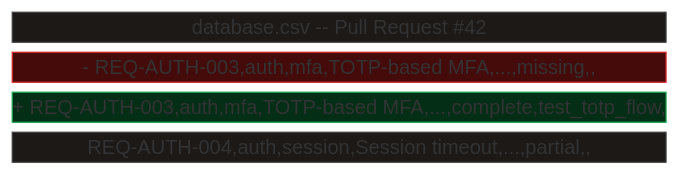
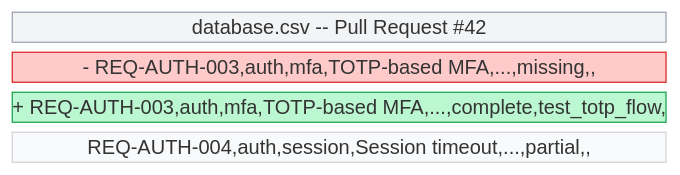
The second of 3 diagrams in README.md (rtmx-ai/rtmx), drawn with Mermaid (forest theme) before and after one commit. The commit also changed other lines of this file and 3 other files, not shown here.

First line of the commit message:
fix: update Mermaid diagrams for light-mode contrast on GitHub

````diff
--- a/README.md
+++ b/README.md
@@ -67,21 +67,21 @@
 ```mermaid
 block-beta
     columns 1
     block:header["database.csv  --  Pull Request #42"]
         columns 1
     end
     block:removed["- REQ-AUTH-003,auth,mfa,TOTP-based MFA,...,missing,,"]
         columns 1
     end
     block:added["+ REQ-AUTH-003,auth,mfa,TOTP-based MFA,...,complete,test_totp_flow,"]
         columns 1
     end
     block:context["  REQ-AUTH-004,auth,session,Session timeout,...,partial,,"]
         columns 1
     end
 
-    style header fill:#1c1917,stroke:#404040,color:#9ca3af
-    style removed fill:#450a0a,stroke:#dc2626,color:#fca5a5
-    style added fill:#052e16,stroke:#16a34a,color:#86efac
-    style context fill:#1c1917,stroke:#404040,color:#9ca3af
+    style header fill:#f3f4f6,stroke:#9ca3af,color:#374151
+    style removed fill:#fecaca,stroke:#dc2626,color:#991b1b
+    style added fill:#bbf7d0,stroke:#16a34a,color:#166534
+    style context fill:#f9fafb,stroke:#d1d5db,color:#6b7280
 ```
````
